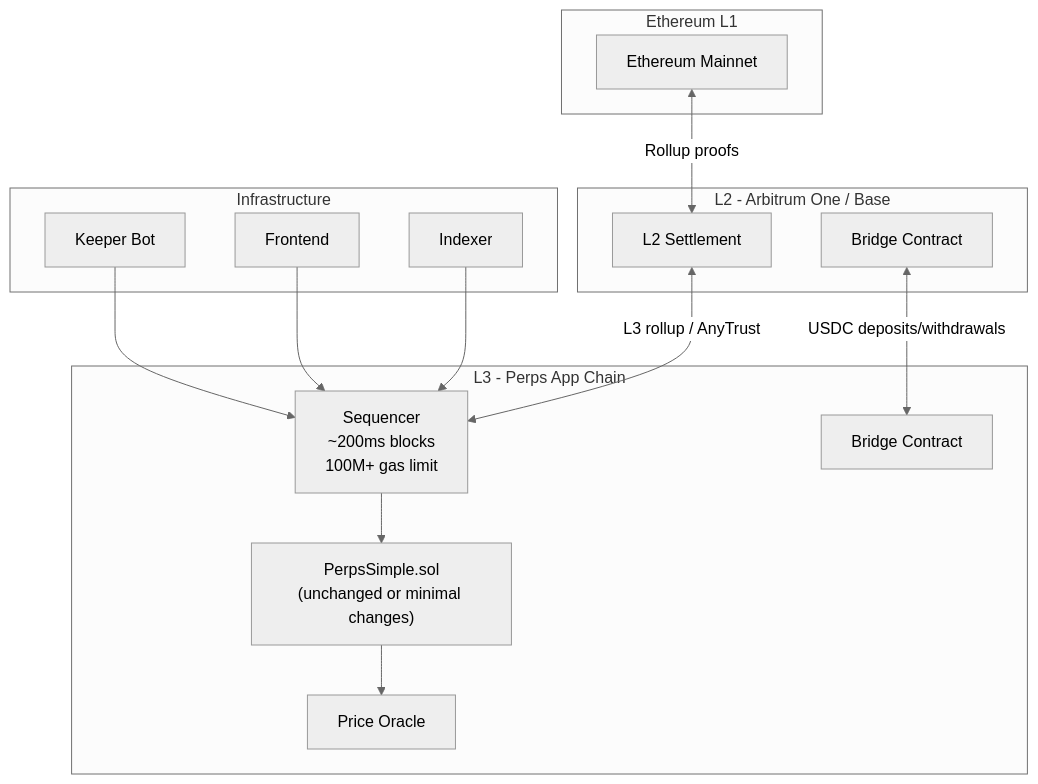
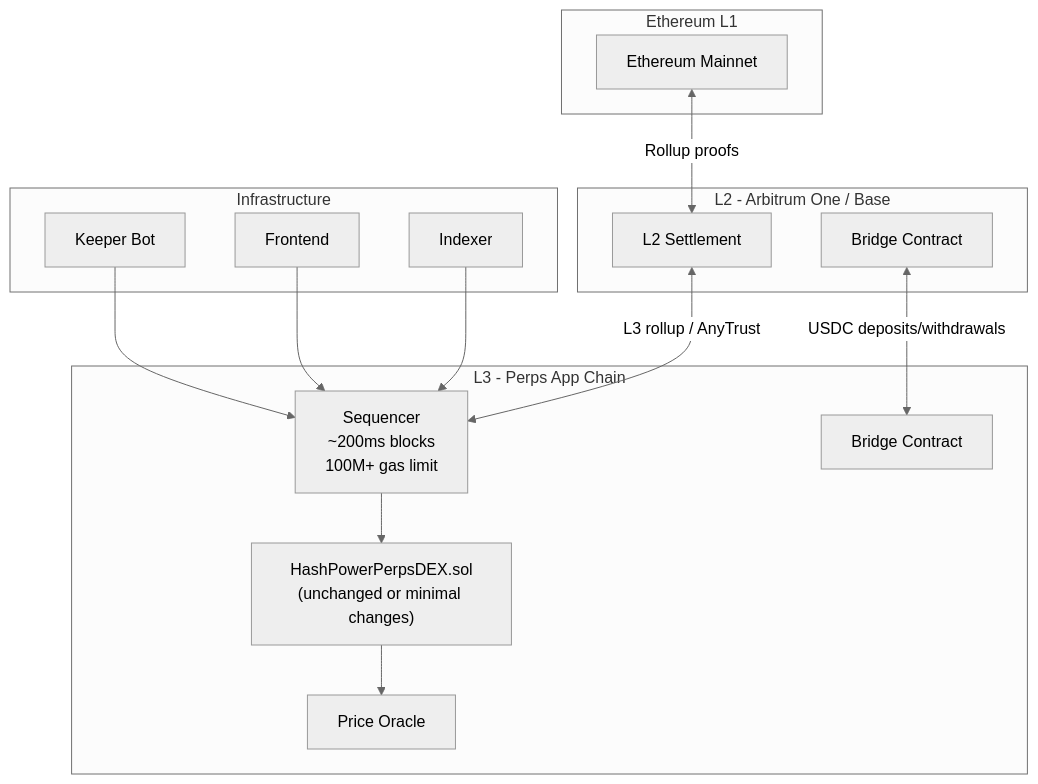
Before and after one commit to Lumerin-protocol/derivatives-marketplace: the first of 3 diagrams in contracts/docs/SCALING_OPTION_D_L3_APP_CHAIN.md, drawn with Mermaid (neutral theme). The commit also changed other lines of this file and 68 other files, not shown here.

````diff
--- a/contracts/docs/SCALING_OPTION_D_L3_APP_CHAIN.md
+++ b/contracts/docs/SCALING_OPTION_D_L3_APP_CHAIN.md
@@ -9,35 +9,35 @@
 ```mermaid
 flowchart TD
     subgraph l1 [Ethereum L1]
         ETH["Ethereum Mainnet"]
     end
 
     subgraph l2 [L2 - Arbitrum One / Base]
         ARB["L2 Settlement"]
         BRIDGE_L2["Bridge Contract"]
     end
 
     subgraph l3 [L3 - Perps App Chain]
         SEQ["Sequencer\n~200ms blocks\n100M+ gas limit"]
-        PERPS["PerpsSimple.sol\n(unchanged or minimal changes)"]
+        PERPS["HashPowerPerpsDEX.sol\n(unchanged or minimal changes)"]
         ORACLE["Price Oracle"]
         BRIDGE_L3["Bridge Contract"]
 
         SEQ --> PERPS
         PERPS --> ORACLE
     end
 
     subgraph infra [Infrastructure]
         KEEPER["Keeper Bot"]
         UI["Frontend"]
         IDX["Indexer"]
     end
 
     ETH <-->|"Rollup proofs"| ARB
     ARB <-->|"L3 rollup / AnyTrust"| SEQ
     BRIDGE_L2 <-->|"USDC deposits/withdrawals"| BRIDGE_L3
 
     UI --> SEQ
     KEEPER --> SEQ
     IDX --> SEQ
 ```
````
